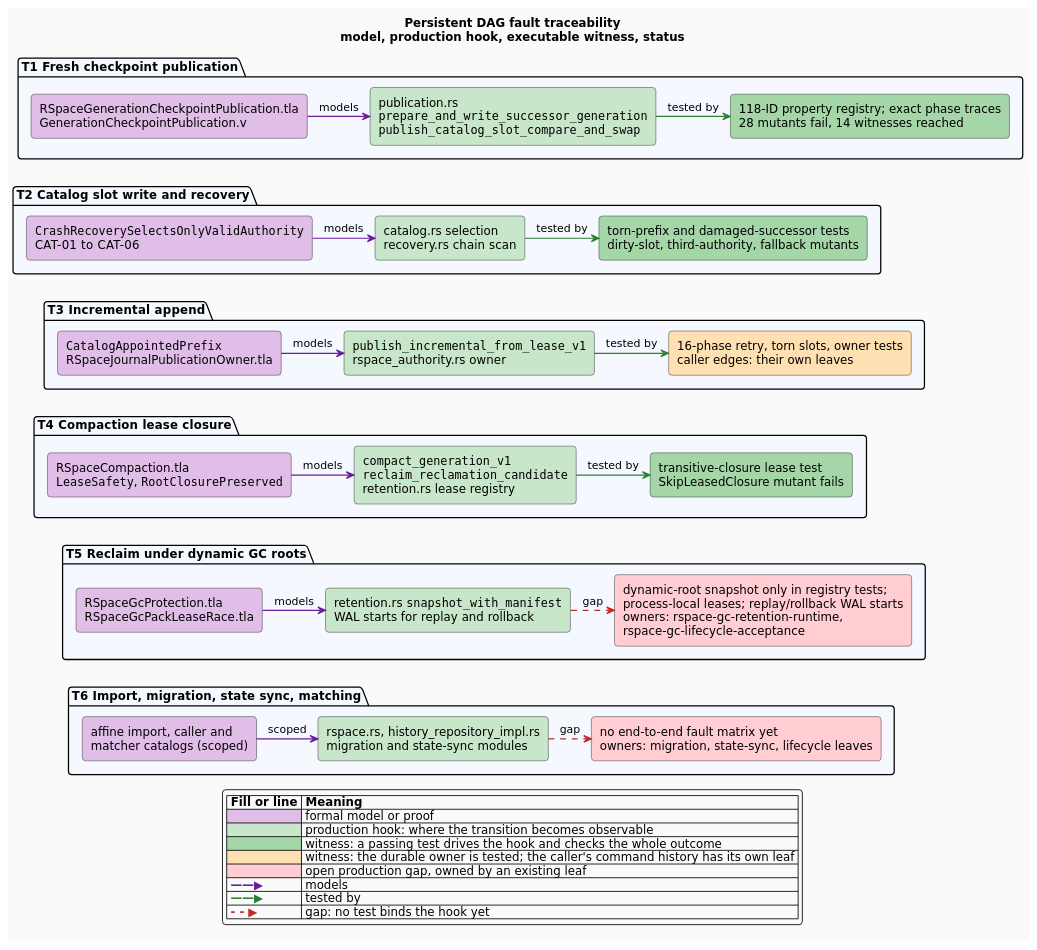
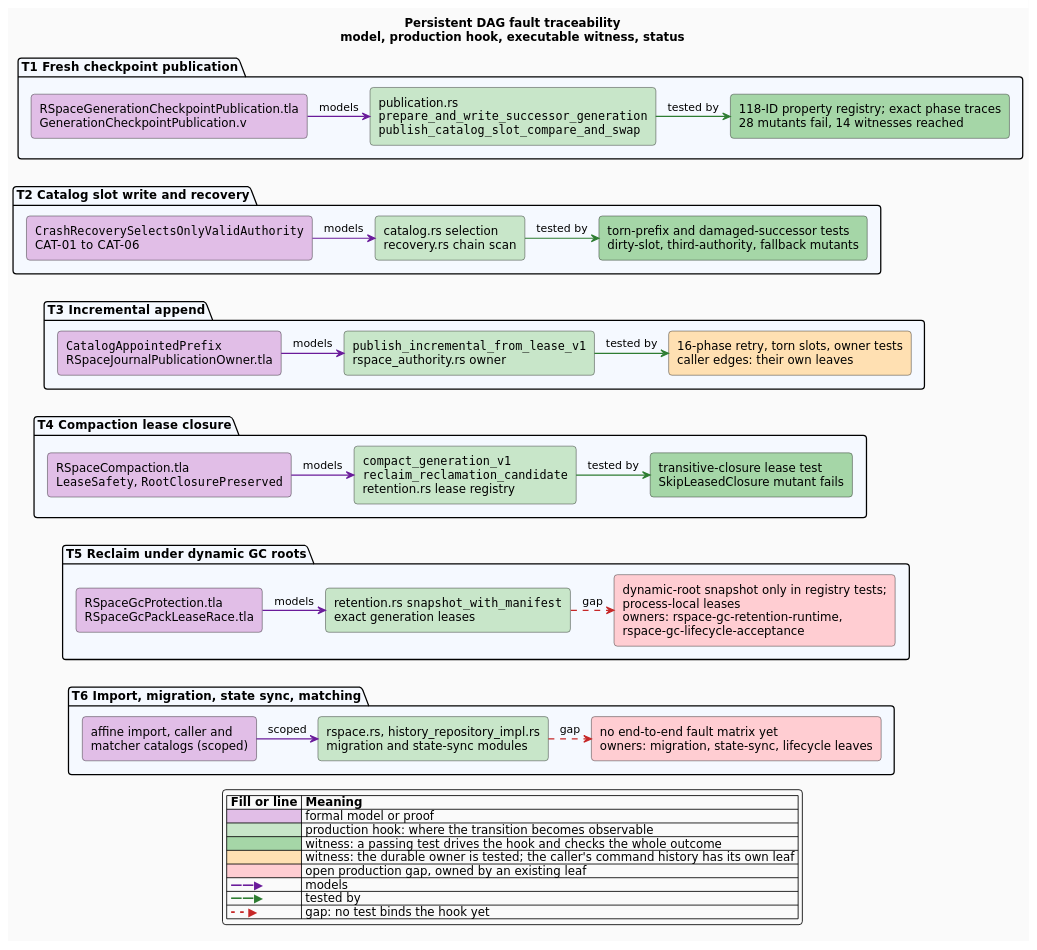
The diagram in docs/design/pathmap/figures/dag-formal-fault-traceability.puml (F1R3FLY-io/f1r3node-rust), drawn with PlantUML before and after one commit. The commit also changed 3 other files, not shown here.

```diff
--- a/docs/design/pathmap/figures/dag-formal-fault-traceability.puml
+++ b/docs/design/pathmap/figures/dag-formal-fault-traceability.puml
@@ -1,84 +1,84 @@
 @startuml dag-formal-fault-traceability
 ' ============================================================================
 ' Persistent DAG formal-fault traceability (task 5692): for each transition,
 ' its model, its production hook, its executable witness, and its status.
 '   PURPLE #6A1B9A  formal model or proof
 '   GREEN  #2E7D32  production hook
 '   witness fill:
 '     #A5D6A7 green  a passing test drives the hook and checks the whole outcome
 '     #FFE0B2 amber  the durable owner is tested; the caller's command history
 '                    has its own leaf
 '     #FFCDD2 red    an open production gap, owned by an existing leaf
 ' ============================================================================
 skinparam backgroundColor #FAFAFA
 skinparam defaultFontName "DejaVu Sans"
 skinparam shadowing false
 skinparam roundcorner 8
 skinparam ArrowThickness 1.4
 skinparam ranksep 18
 skinparam nodesep 26
 
 title <b>Persistent DAG fault traceability</b>\nmodel, production hook, executable witness, status
 
 package "T1  Fresh checkpoint publication" as P1 #F5F9FF {
   rectangle "RSpaceGenerationCheckpointPublication.tla\nGenerationCheckpointPublication.v" as M1 #E1BEE7
   rectangle "publication.rs\n<font:monospaced>prepare_and_write_successor_generation</font>\n<font:monospaced>publish_catalog_slot_compare_and_swap</font>" as H1 #C8E6C9
   rectangle "118-ID property registry; exact phase traces\n28 mutants fail, 14 witnesses reached" as W1 #A5D6A7
 }
 package "T2  Catalog slot write and recovery" as P2 #F5F9FF {
   rectangle "<font:monospaced>CrashRecoverySelectsOnlyValidAuthority</font>\nCAT-01 to CAT-06" as M2 #E1BEE7
   rectangle "catalog.rs selection\nrecovery.rs chain scan" as H2 #C8E6C9
   rectangle "torn-prefix and damaged-successor tests\ndirty-slot, third-authority, fallback mutants" as W2 #A5D6A7
 }
 package "T3  Incremental append" as P3 #F5F9FF {
   rectangle "<font:monospaced>CatalogAppointedPrefix</font>\nRSpaceJournalPublicationOwner.tla" as M3 #E1BEE7
   rectangle "<font:monospaced>publish_incremental_from_lease_v1</font>\nrspace_authority.rs owner" as H3 #C8E6C9
   rectangle "16-phase retry, torn slots, owner tests\ncaller edges: their own leaves" as W3 #FFE0B2
 }
 package "T4  Compaction lease closure" as P4 #F5F9FF {
   rectangle "RSpaceCompaction.tla\n<font:monospaced>LeaseSafety</font>, <font:monospaced>RootClosurePreserved</font>" as M4 #E1BEE7
   rectangle "<font:monospaced>compact_generation_v1</font>\n<font:monospaced>reclaim_reclamation_candidate</font>\nretention.rs lease registry" as H4 #C8E6C9
   rectangle "transitive-closure lease test\nSkipLeasedClosure mutant fails" as W4 #A5D6A7
 }
 package "T5  Reclaim under dynamic GC roots" as P5 #F5F9FF {
   rectangle "RSpaceGcProtection.tla\nRSpaceGcPackLeaseRace.tla" as M5 #E1BEE7
-  rectangle "retention.rs <font:monospaced>snapshot_with_manifest</font>\nWAL starts for replay and rollback" as H5 #C8E6C9
-  rectangle "dynamic-root snapshot only in registry tests;\nprocess-local leases; replay/rollback WAL starts\nowners: rspace-gc-retention-runtime,\nrspace-gc-lifecycle-acceptance" as W5 #FFCDD2
+  rectangle "retention.rs <font:monospaced>snapshot_with_manifest</font>\nexact generation leases" as H5 #C8E6C9
+  rectangle "dynamic-root snapshot only in registry tests;\nprocess-local leases\nowners: rspace-gc-retention-runtime,\nrspace-gc-lifecycle-acceptance" as W5 #FFCDD2
 }
 package "T6  Import, migration, state sync, matching" as P6 #F5F9FF {
   rectangle "affine import, caller and\nmatcher catalogs (scoped)" as M6 #E1BEE7
   rectangle "rspace.rs, history_repository_impl.rs\nmigration and state-sync modules" as H6 #C8E6C9
   rectangle "no end-to-end fault matrix yet\nowners: migration, state-sync, lifecycle leaves" as W6 #FFCDD2
 }
 
 M1 -right[#6A1B9A]-> H1 : models
 H1 -right[#2E7D32]-> W1 : tested by
 M2 -right[#6A1B9A]-> H2 : models
 H2 -right[#2E7D32]-> W2 : tested by
 M3 -right[#6A1B9A]-> H3 : models
 H3 -right[#2E7D32]-> W3 : tested by
 M4 -right[#6A1B9A]-> H4 : models
 H4 -right[#2E7D32]-> W4 : tested by
 M5 -right[#6A1B9A]-> H5 : models
 H5 -right[#C62828,dashed]-> W5 : gap
 M6 -right[#6A1B9A]-> H6 : scoped
 H6 -right[#C62828,dashed]-> W6 : gap
 
 M1 -[hidden]down-> M2
 M2 -[hidden]down-> M3
 M3 -[hidden]down-> M4
 M4 -[hidden]down-> M5
 M5 -[hidden]down-> M6
 
 legend bottom
   |= Fill or line |= Meaning |
   |<#E1BEE7> | formal model or proof |
   |<#C8E6C9> | production hook: where the transition becomes observable |
   |<#A5D6A7> | witness: a passing test drives the hook and checks the whole outcome |
   |<#FFE0B2> | witness: the durable owner is tested; the caller's command history has its own leaf |
   |<#FFCDD2> | open production gap, owned by an existing leaf |
   | <color:#6A1B9A><b>——▶</b></color> | models |
   | <color:#2E7D32><b>——▶</b></color> | tested by |
   | <color:#C62828><b>- - ▶</b></color> | gap: no test binds the hook yet |
 endlegend
 @enduml
```
